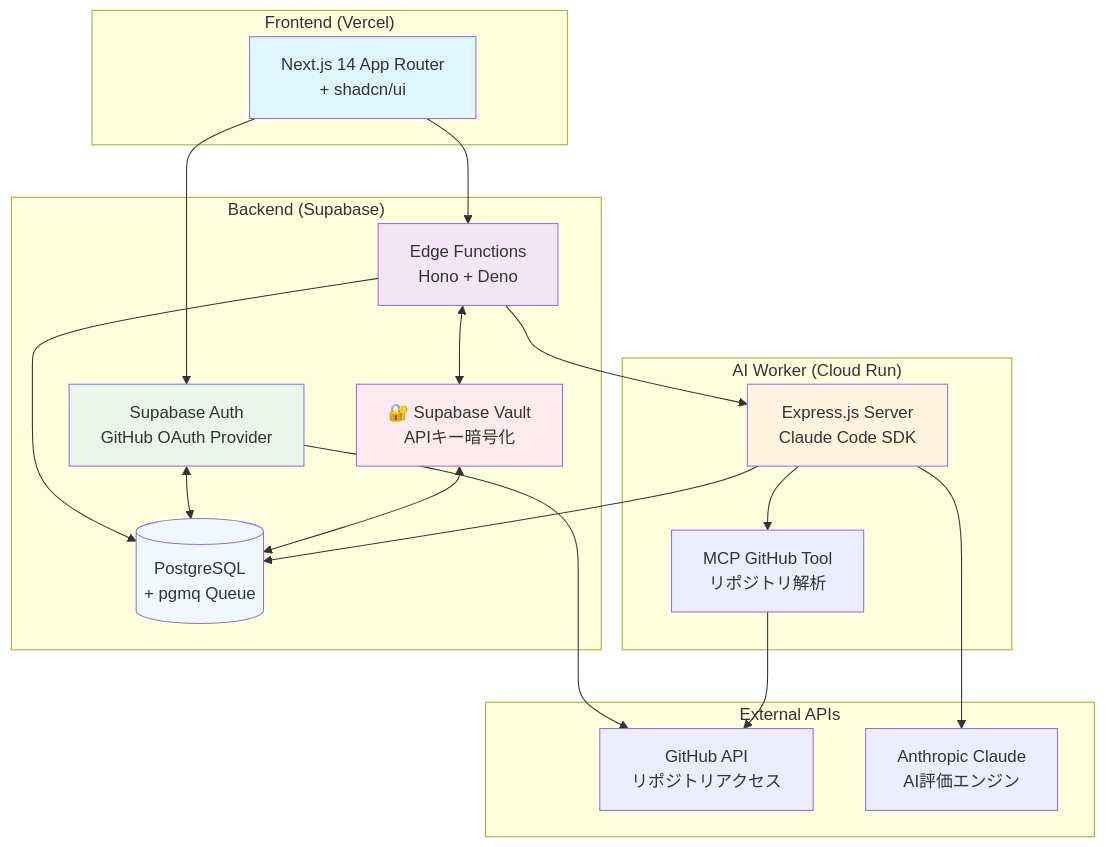
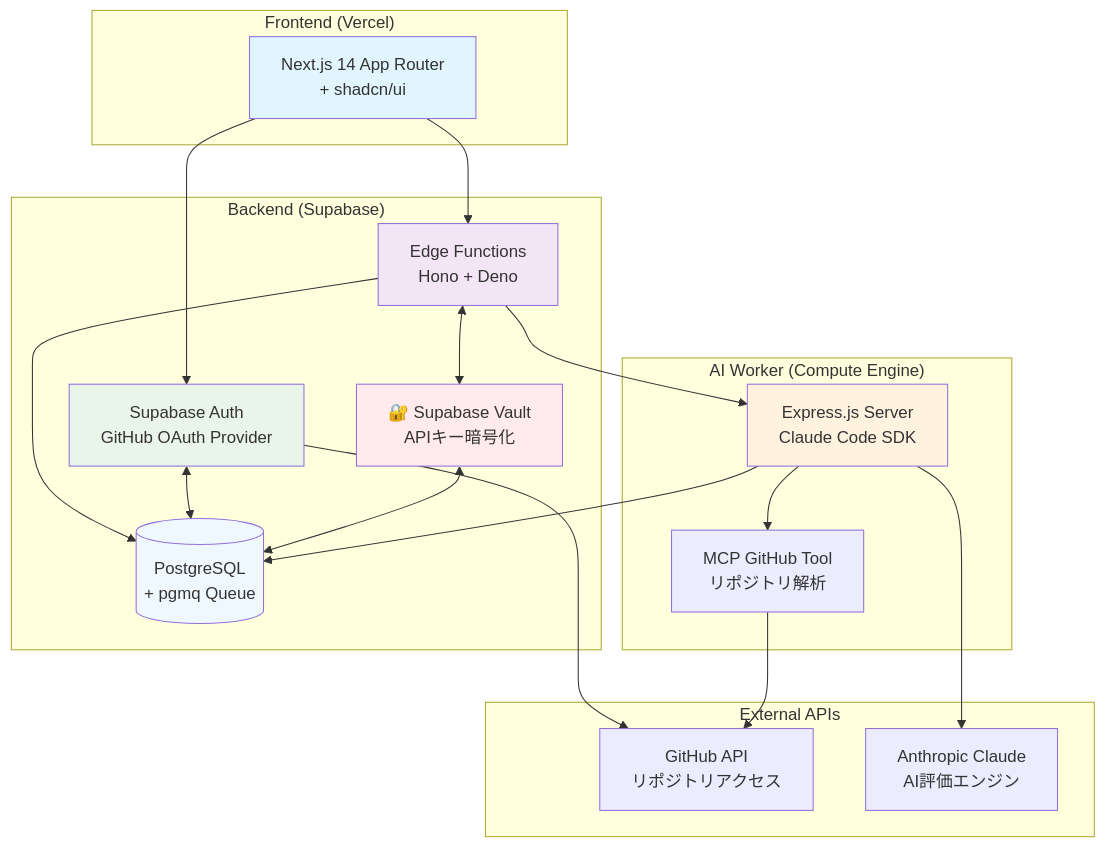
The first of 3 diagrams in README.md (masataka-eth/HackScoreAI), drawn with Mermaid before and after one commit. The commit also changed other lines of this file and 1 other file, not shown here.

````diff
--- a/README.md
+++ b/README.md
@@ -11,43 +12,43 @@
 ```mermaid
 graph TB
     subgraph "Frontend (Vercel)"
         UI[Next.js 14 App Router<br/>+ shadcn/ui]
     end
-    
+
     subgraph "Backend (Supabase)"
         Auth[Supabase Auth<br/>GitHub OAuth Provider]
         Edge[Edge Functions<br/>Hono + Deno]
         DB[(PostgreSQL<br/>+ pgmq Queue)]
         Vault[🔐 Supabase Vault<br/>APIキー暗号化]
     end
-    
-    subgraph "AI Worker (Cloud Run)"
+
+    subgraph "AI Worker (Compute Engine)"
         Worker[Express.js Server<br/>Claude Code SDK]
         MCP[MCP GitHub Tool<br/>リポジトリ解析]
     end
-    
+
     subgraph "External APIs"
         GitHub[GitHub API<br/>リポジトリアクセス]
         Claude[Anthropic Claude<br/>AI評価エンジン]
     end
-    
+
     UI --> Auth
     Auth --> GitHub
     UI --> Edge
     Edge --> DB
     Edge --> Worker
     Edge <--> Vault
     Auth <--> DB
     Vault <--> DB
     Worker --> MCP
     MCP --> GitHub
     Worker --> Claude
     Worker --> DB
-    
+
     style UI fill:#e1f5fe
     style Auth fill:#e8f5e8
     style Edge fill:#f3e5f5
     style Worker fill:#fff3e0
     style Vault fill:#ffebee
     style DB fill:#f0f8ff
 ```
````
